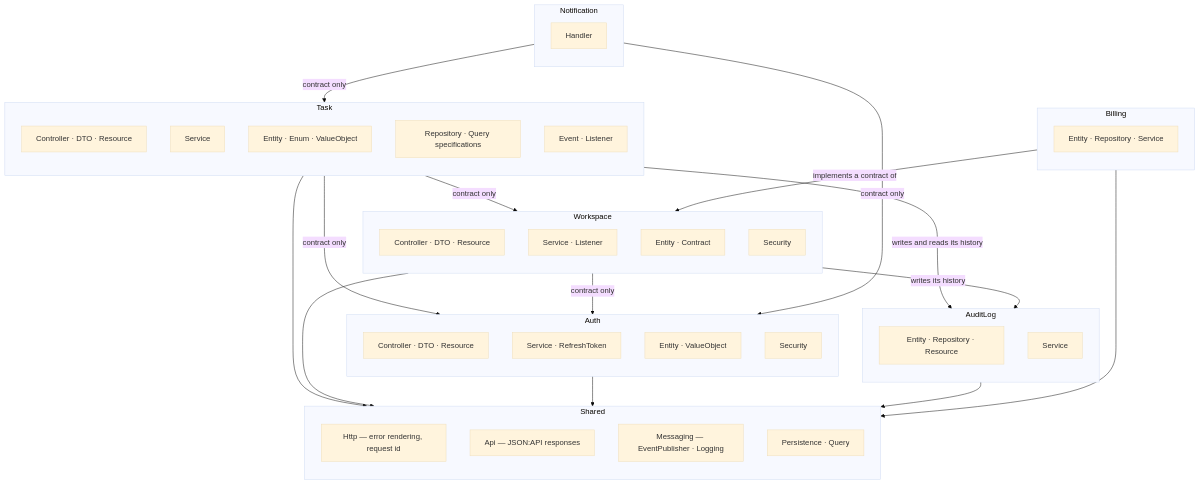
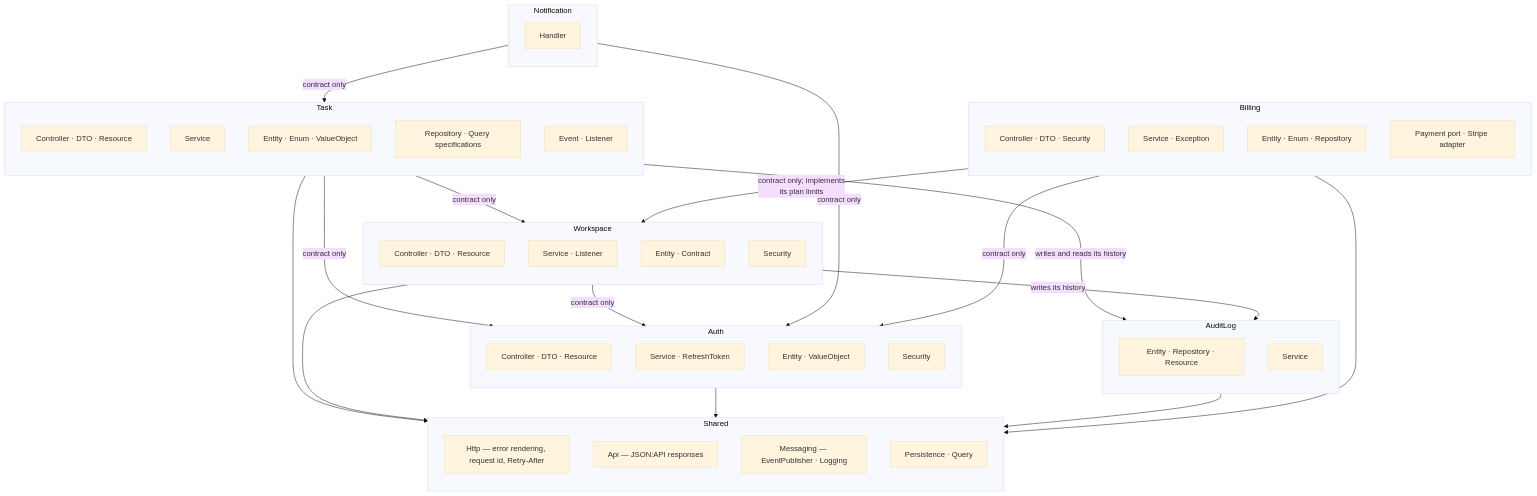
The third of 6 diagrams in docs/architecture.md (NikitaSomik/symfony-todo-app), drawn with Mermaid (base theme) before and after one commit. The commit also changed other lines of this file and 51 other files, not shown here.

Commit message:
feat(billing): let an owner buy a plan through Stripe Checkout (#114)

````diff
--- a/docs/architecture.md
+++ b/docs/architecture.md
@@ -71,65 +87,69 @@
 ```mermaid
 flowchart TB
     subgraph Task
         direction TB
         t1[Controller · DTO · Resource]
         t2[Service]
         t3[Entity · Enum · ValueObject]
         t4[Repository · Query specifications]
         t5[Event · Listener]
     end
 
     subgraph Auth
         direction TB
         a1[Controller · DTO · Resource]
         a2[Service · RefreshToken]
         a3[Entity · ValueObject]
         a4[Security]
     end
 
     subgraph Workspace
         direction TB
         w1[Controller · DTO · Resource]
         w2[Service · Listener]
         w3[Entity · Contract]
         w4[Security]
     end
 
     subgraph AuditLog
         direction TB
         l1[Entity · Repository · Resource]
         l2[Service]
     end
 
     subgraph Notification
         direction TB
         n1[Handler]
     end
 
     subgraph Billing
         direction TB
-        b1[Entity · Repository · Service]
+        b1[Controller · DTO · Security]
+        b2[Service · Exception]
+        b3[Entity · Enum · Repository]
+        b4[Payment port · Stripe adapter]
     end
 
     subgraph Shared
         direction TB
-        s1[Http — error rendering, request id]
+        s1[Http — error rendering, request id, Retry-After]
         s2[Api — JSON:API responses]
         s3[Messaging — EventPublisher · Logging]
         s4[Persistence · Query]
     end
 
     Task -->|contract only| Auth
     Task -->|contract only| Workspace
     Task -->|writes and reads its history| AuditLog
     Workspace -->|contract only| Auth
     Workspace -->|writes its history| AuditLog
     Notification -->|contract only| Task
     Notification -->|contract only| Auth
-    Billing -->|implements a contract of| Workspace
+    Billing -->|contract only; implements<br/>its plan limits| Workspace
+    Billing -->|contract only| Auth
     Task --> Shared
     Workspace --> Shared
     Auth --> Shared
     AuditLog --> Shared
     Billing --> Shared
 ```
````
